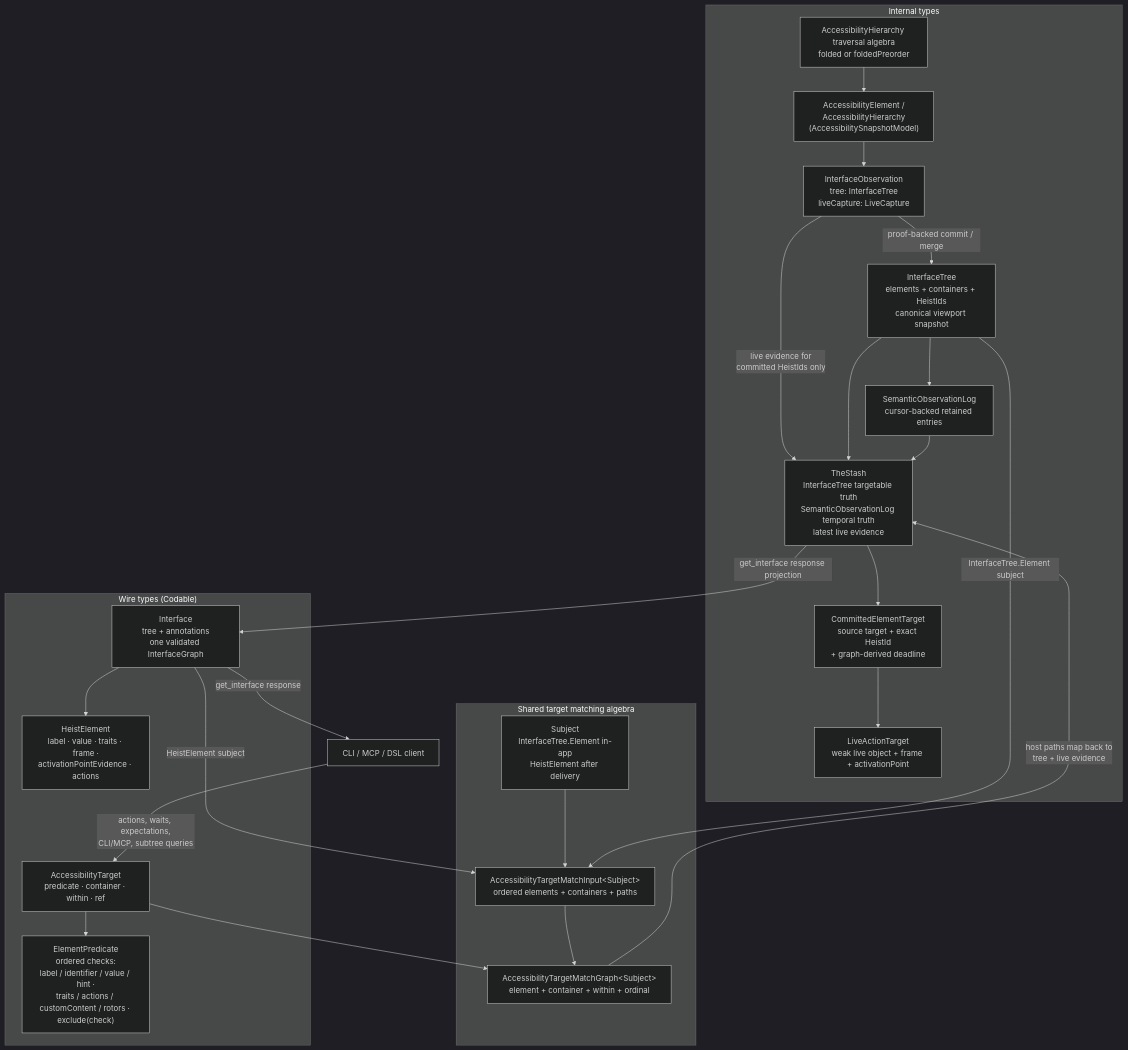
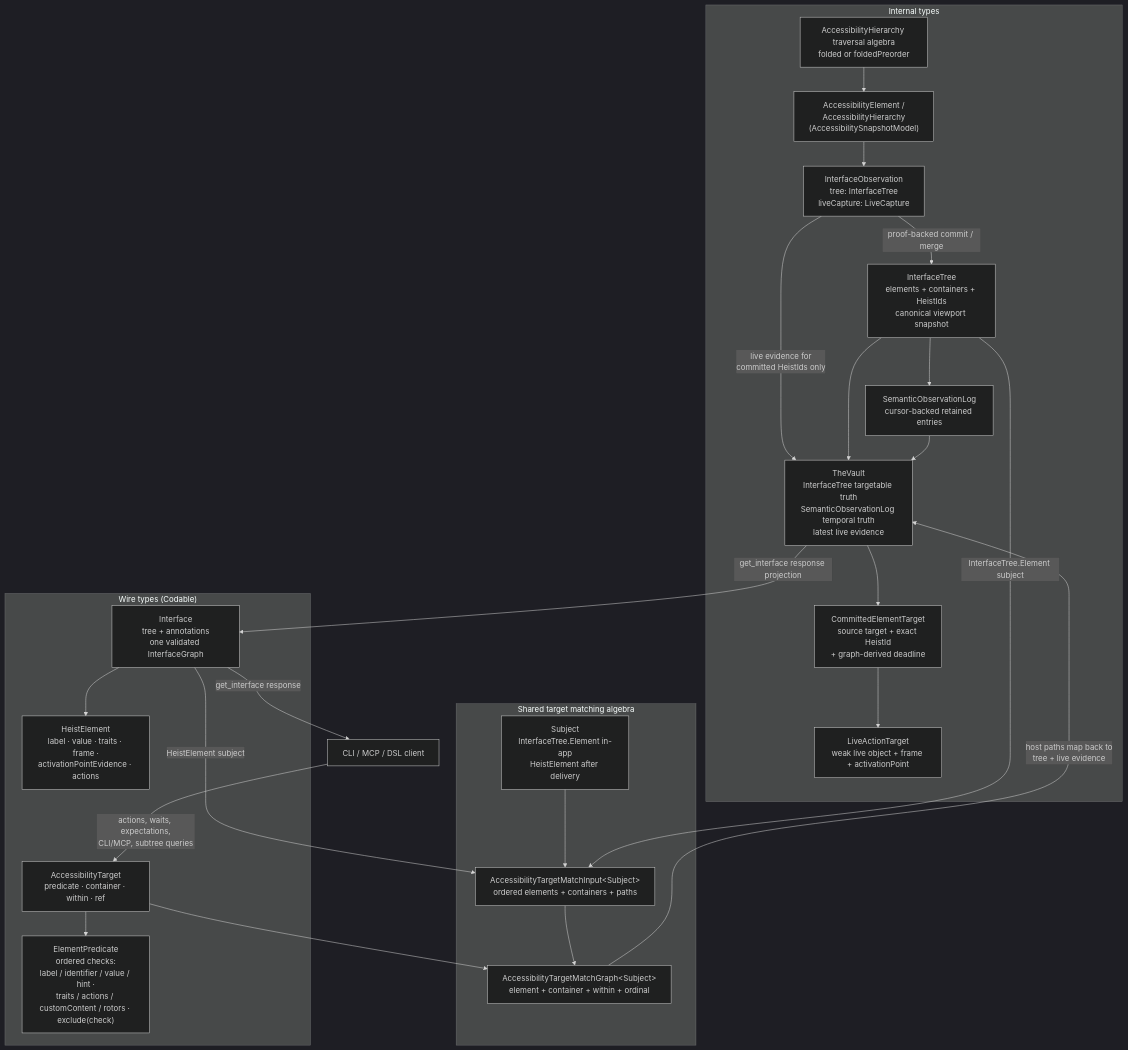
The diagram in docs/diagrams/currency-types.md (RoyalPineapple/TheButtonHeist), drawn with Mermaid (dark theme) before and after one commit. The commit also changed other lines of this file and 272 other files, not shown here.

First line of the commit message:
Consolidate runtime ownership and observation flow (#1357)

````diff
--- a/docs/diagrams/currency-types.md
+++ b/docs/diagrams/currency-types.md
@@ -8,50 +8,50 @@
 ```mermaid
 flowchart TD
     subgraph internal["Internal types"]
         WALK["AccessibilityHierarchy traversal algebra<br/>folded or foldedPreorder"]
         AXE["AccessibilityElement /<br/>AccessibilityHierarchy<br/>(AccessibilitySnapshotModel)"]
         OBS["InterfaceObservation<br/>tree: InterfaceTree<br/>liveCapture: LiveCapture"]
         TREE["InterfaceTree<br/>elements + containers + HeistIds<br/>canonical viewport snapshot"]
         LOG["SemanticObservationLog<br/>cursor-backed retained entries"]
-        STASH["TheStash<br/>InterfaceTree targetable truth<br/>SemanticObservationLog temporal truth<br/>latest live evidence"]
+        STASH["TheVault<br/>InterfaceTree targetable truth<br/>SemanticObservationLog temporal truth<br/>latest live evidence"]
         PIN["CommittedElementTarget<br/>source target + exact HeistId<br/>+ graph-derived deadline"]
         LIVET["LiveActionTarget<br/>weak live object + frame + activationPoint"]
         WALK --> AXE
         AXE --> OBS
         OBS -- "proof-backed commit / merge" --> TREE
         OBS -- "live evidence for<br/>committed HeistIds only" --> STASH
         TREE --> STASH
         TREE --> LOG
         LOG --> STASH
         STASH --> PIN
         PIN --> LIVET
     end
 
     subgraph wireTypes["Wire types (Codable)"]
         IFACE["Interface<br/>tree + annotations<br/>one validated InterfaceGraph"]
         HE["HeistElement<br/>label · value · traits · frame ·<br/>activationPointEvidence · actions"]
         ET["AccessibilityTarget<br/>predicate · container · within · ref"]
         EP["ElementPredicate<br/>ordered checks:<br/>label / identifier / value / hint ·<br/>traits / actions / customContent / rotors · exclude(check)"]
         IFACE --> HE
         HE ~~~ ET
         ET --> EP
     end
 
     subgraph matching["Shared target matching algebra"]
         SUBJECT["Subject<br/>InterfaceTree.Element in-app<br/>HeistElement after delivery"]
         INPUT["AccessibilityTargetMatchInput&lt;Subject&gt;<br/>ordered elements + containers + paths"]
         MATCH["AccessibilityTargetMatchGraph&lt;Subject&gt;<br/>element + container + within + ordinal"]
         SUBJECT --> INPUT
         INPUT --> MATCH
     end
 
     CLIENT["CLI / MCP / DSL client"]
 
     STASH -- "get_interface response projection" --> IFACE
     IFACE -- "get_interface response" --> CLIENT
     CLIENT -- "actions, waits, expectations,<br/>CLI/MCP, subtree queries" --> ET
     IFACE -- "HeistElement subject" --> INPUT
     TREE -- "InterfaceTree.Element subject" --> INPUT
     ET --> MATCH
     MATCH -- "host paths map back to<br/>tree + live evidence" --> STASH
 ```
````
